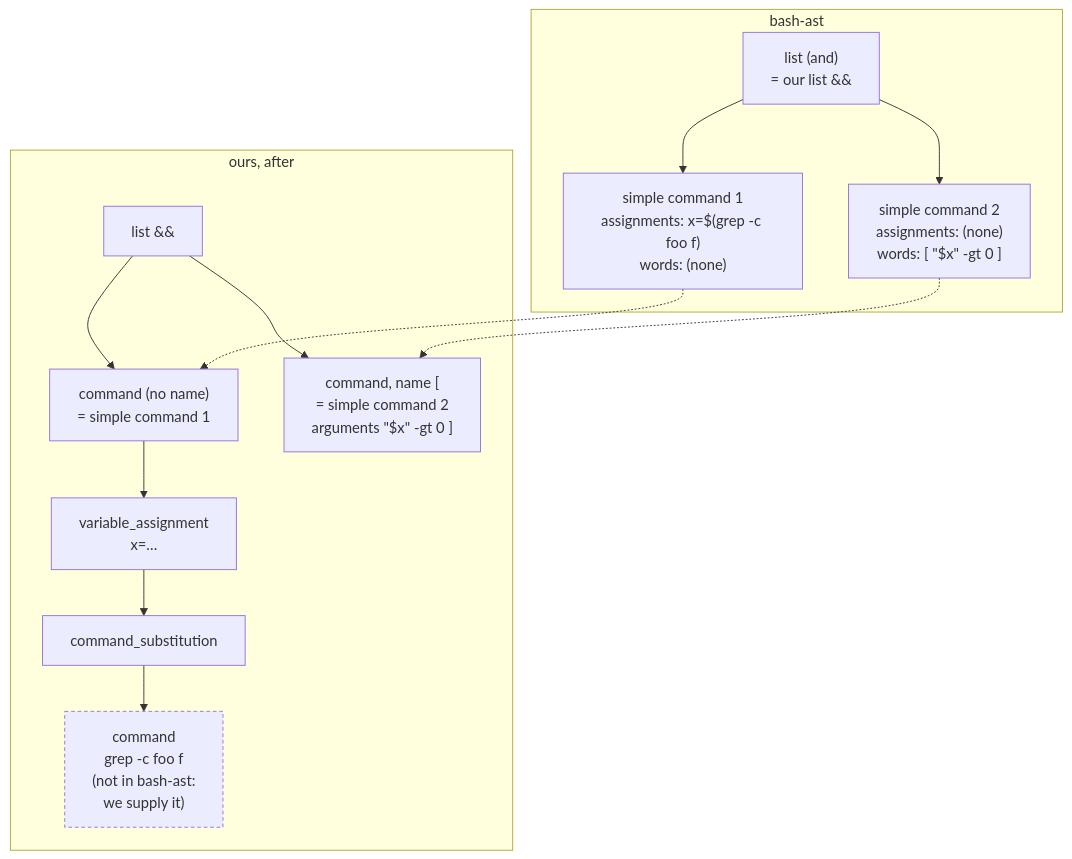
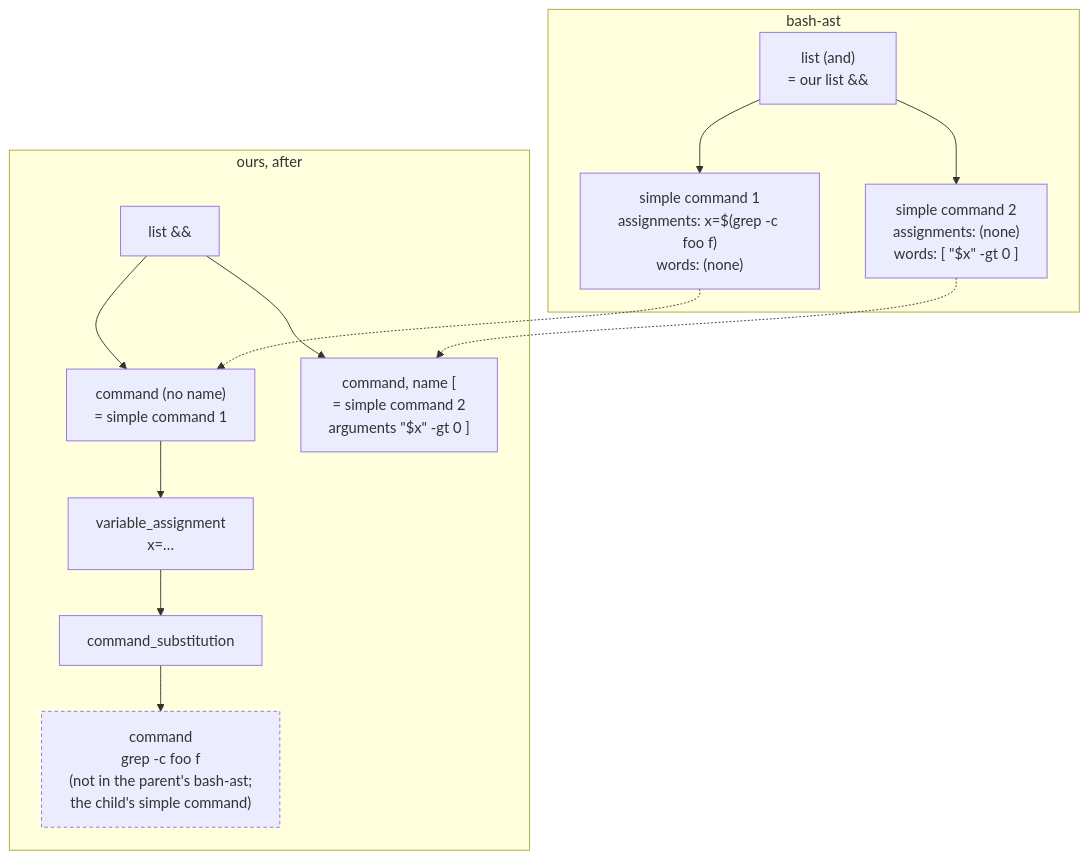
Before and after one commit to sf624/bash-explainer: the third of 4 diagrams in docs/design/syntax-tree.md, drawn with Mermaid. The commit also changed other lines of this file, not shown here.

Commit message:
Design: show the substitution as the parent and the child bash read it

````diff
--- a/docs/design/syntax-tree.md
+++ b/docs/design/syntax-tree.md
@@ -217,18 +237,18 @@
 ```mermaid
 flowchart TB
   subgraph bash["bash-ast"]
     A1["list (and)<br/>= our list #amp;#amp;"] --> A2["simple command 1<br/>assignments: x=$(grep -c foo f)<br/>words: (none)"]
     A1 --> A3["simple command 2<br/>assignments: (none)<br/>words: [ #quot;$x#quot; -gt 0 ]"]
   end
   subgraph after["ours, after"]
     C1["list #amp;#amp;"] --> C2["command (no name)<br/>= simple command 1"]
     C2 --> C3["variable_assignment<br/>x=…"]
     C3 --> C4["command_substitution"]
-    C4 --> C5["command<br/>grep -c foo f<br/>(not in bash-ast:<br/>we supply it)"]
+    C4 --> C5["command<br/>grep -c foo f<br/>(not in the parent's bash-ast;<br/>the child's simple command)"]
     C1 --> C6["command, name [<br/>= simple command 2<br/>arguments #quot;$x#quot; -gt 0 ]"]
   end
   A2 -.-> C2
   A3 -.-> C6
   classDef supplied stroke-dasharray:4 3
   class C5 supplied
 ```
````
